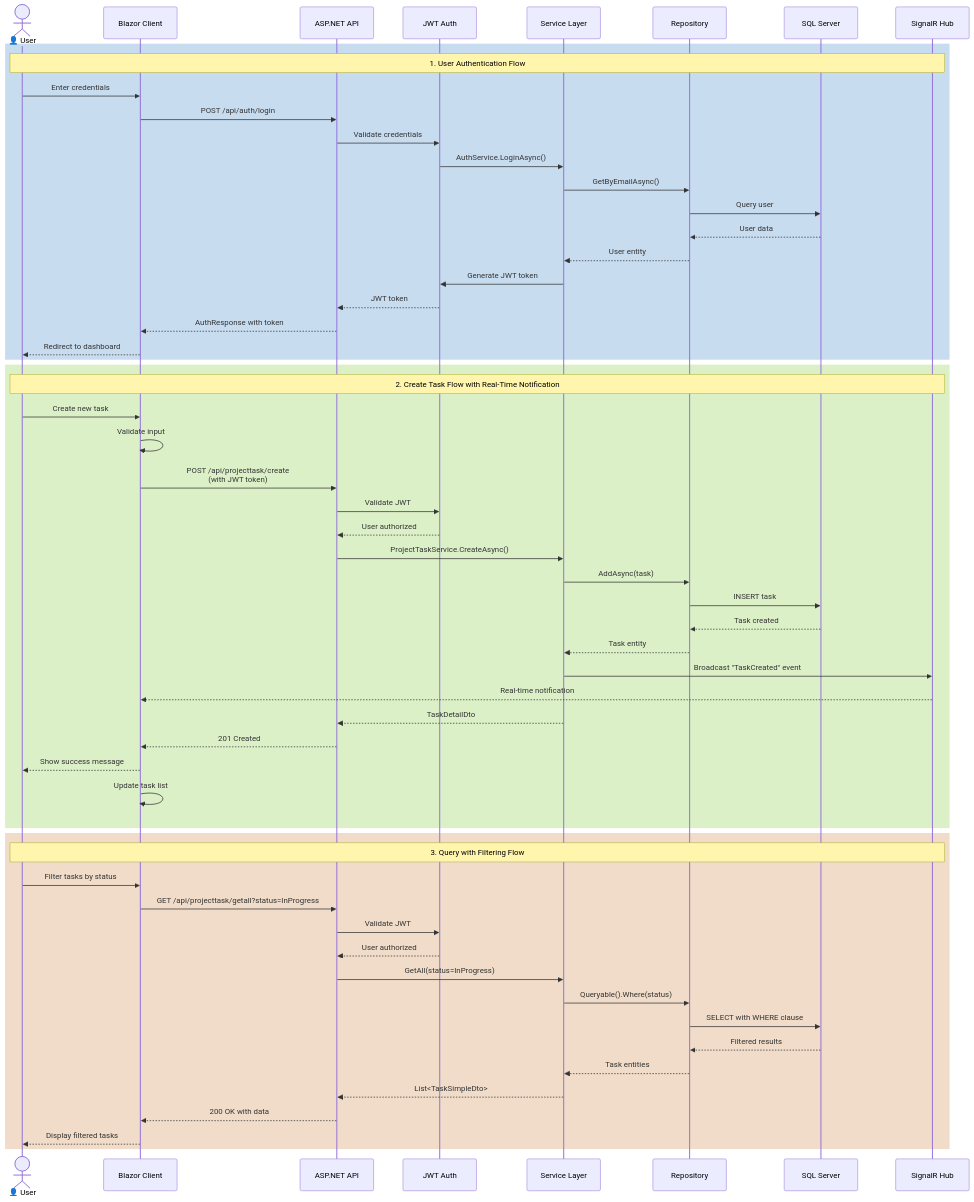
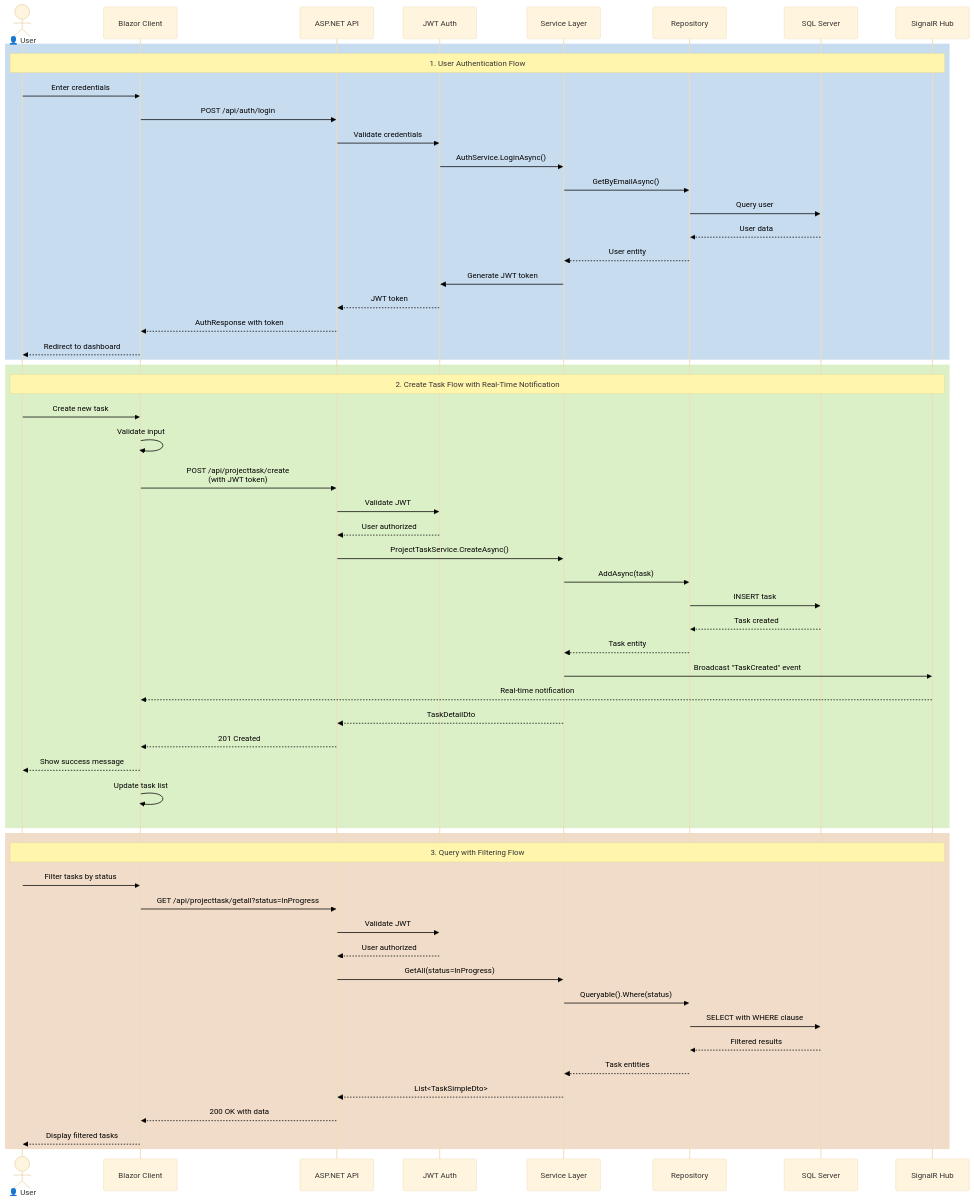
The second of 2 diagrams in README.md (Averelakos/FocusFlow), drawn with Mermaid before and after one commit.

Commit message:
minor change

````diff
--- a/README.md
+++ b/README.md
@@ -491,63 +491,64 @@
 ```mermaid
+%%{init: {'theme':'base', 'themeVariables': { 'lineColor':'#333333', 'signalColor':'#000000', 'signalTextColor':'#000000', 'sequenceNumberColor':'#000000'}}}%%
 sequenceDiagram
     actor User as 👤 User
     participant Client as Blazor Client
     participant API as ASP.NET API
     participant Auth as JWT Auth
     participant Service as Service Layer
     participant Repo as Repository
     participant DB as SQL Server
     participant SignalR as SignalR Hub
 
     rect rgb(200, 220, 240)
         Note over User,SignalR: 1. User Authentication Flow
         User->>Client: Enter credentials
         Client->>API: POST /api/auth/login
         API->>Auth: Validate credentials
         Auth->>Service: AuthService.LoginAsync()
         Service->>Repo: GetByEmailAsync()
         Repo->>DB: Query user
         DB-->>Repo: User data
         Repo-->>Service: User entity
         Service->>Auth: Generate JWT token
         Auth-->>API: JWT token
         API-->>Client: AuthResponse with token
         Client-->>User: Redirect to dashboard
     end
 
     rect rgb(220, 240, 200)
         Note over User,SignalR: 2. Create Task Flow with Real-Time Notification
         User->>Client: Create new task
         Client->>Client: Validate input
         Client->>API: POST /api/projecttask/create<br/>(with JWT token)
         API->>Auth: Validate JWT
         Auth-->>API: User authorized
         API->>Service: ProjectTaskService.CreateAsync()
         Service->>Repo: AddAsync(task)
         Repo->>DB: INSERT task
         DB-->>Repo: Task created
         Repo-->>Service: Task entity
         Service->>SignalR: Broadcast "TaskCreated" event
         SignalR-->>Client: Real-time notification
         Service-->>API: TaskDetailDto
         API-->>Client: 201 Created
         Client-->>User: Show success message
         Client->>Client: Update task list
     end
 
     rect rgb(240, 220, 200)
         Note over User,SignalR: 3. Query with Filtering Flow
         User->>Client: Filter tasks by status
         Client->>API: GET /api/projecttask/getall?status=InProgress
         API->>Auth: Validate JWT
         Auth-->>API: User authorized
         API->>Service: GetAll(status=InProgress)
         Service->>Repo: Queryable().Where(status)
         Repo->>DB: SELECT with WHERE clause
         DB-->>Repo: Filtered results
         Repo-->>Service: Task entities
         Service-->>API: List<TaskSimpleDto>
         API-->>Client: 200 OK with data
         Client-->>User: Display filtered tasks
     end
 ```
````
